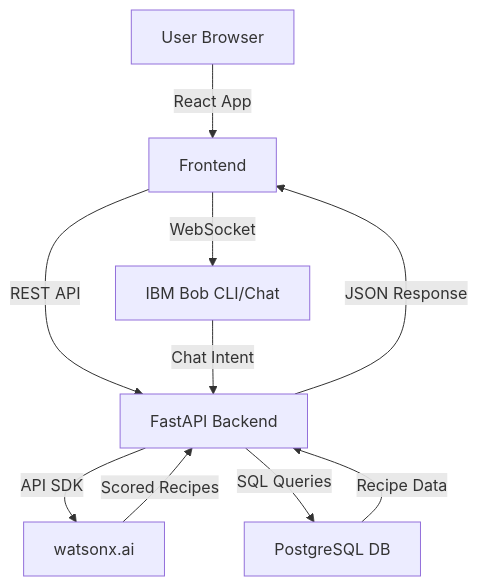
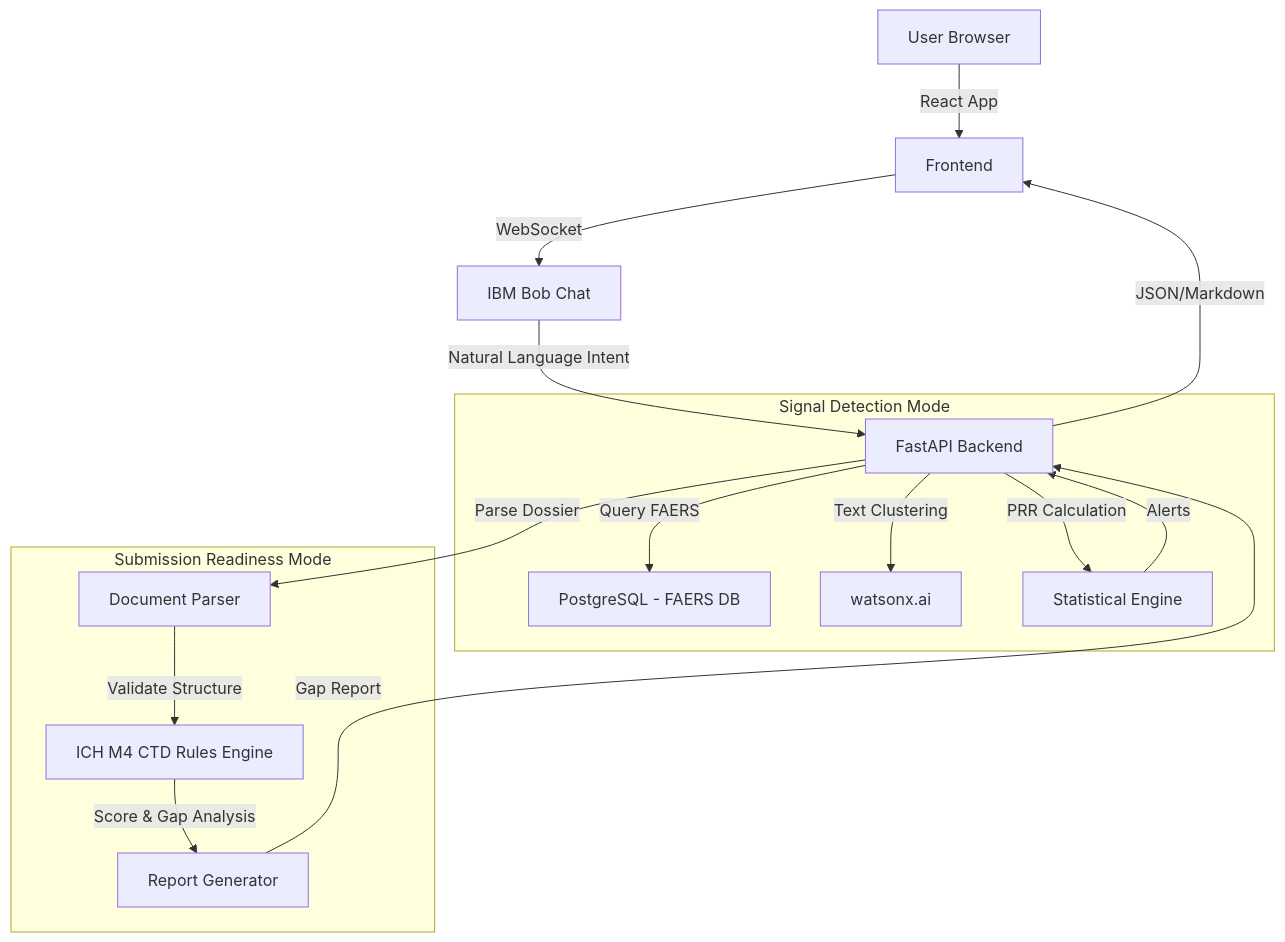
One commit to krinaparikh227/bob-ai-hackathon-the-atreides changed the diagram in docs/architecture.md. Above: the diagram before and after it, drawn with Mermaid. The commit also changed other lines of this file and 6 other files, not shown here.

````diff
--- a/docs/architecture.md
+++ b/docs/architecture.md
@@ -7,12 +7,22 @@
 ```mermaid
 graph TD
     A[User Browser] -->|React App| B[Frontend]
-    B -->|REST API| C[FastAPI Backend]
-    B -->|WebSocket| D[IBM Bob CLI/Chat]
-    D -->|Chat Intent| C
-    C -->|API SDK| E[watsonx.ai]
-    C -->|SQL Queries| F[PostgreSQL DB]
-    E -->|Scored Recipes| C
-    F -->|Recipe Data| C
-    C -->|JSON Response| B
+    B -->|WebSocket| C[IBM Bob Chat]
+    C -->|Natural Language Intent| D[FastAPI Backend]
+    
+    subgraph Signal Detection Mode
+    D -->|Query FAERS| E[PostgreSQL - FAERS DB]
+    D -->|Text Clustering| F[watsonx.ai]
+    D -->|PRR Calculation| G[Statistical Engine]
+    end
+    
+    subgraph Submission Readiness Mode
+    D -->|Parse Dossier| H[Document Parser]
+    H -->|Validate Structure| I[ICH M4 CTD Rules Engine]
+    I -->|Score & Gap Analysis| J[Report Generator]
+    end
+    
+    G -->|Alerts| D
+    J -->|Gap Report| D
+    D -->|JSON/Markdown| B
 ```
````
